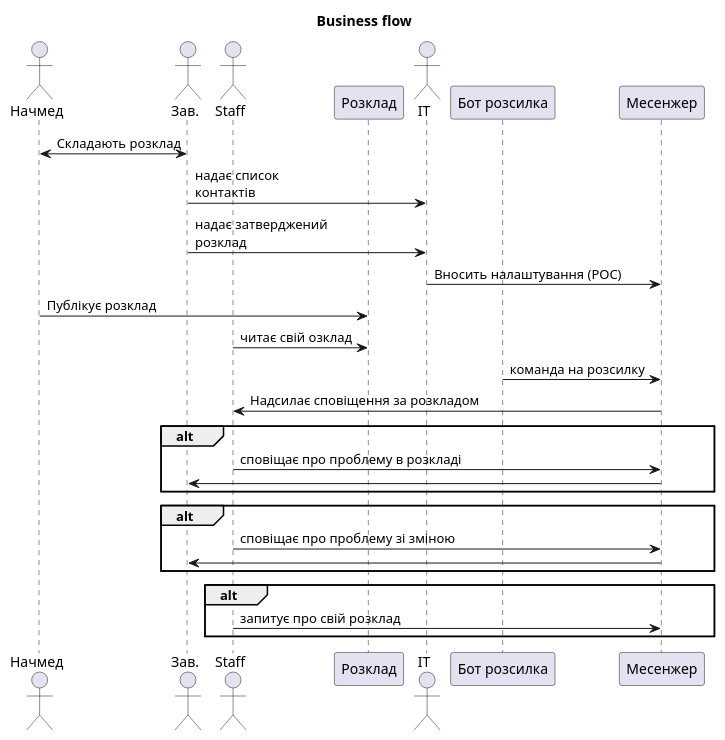
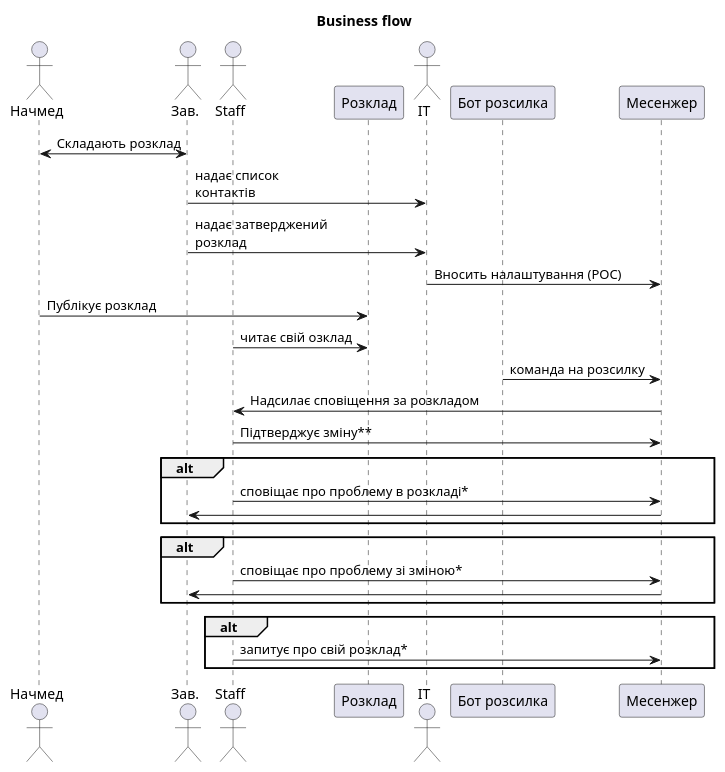
One commit to devitbotcom/Shedule_bot changed the diagram in Backlog/shifts_notification_businessflow.puml. Above: the diagram before and after it, drawn with PlantUML. The commit also changed 2 other files, not shown here.

```diff
--- a/Backlog/shifts_notification_businessflow.puml
+++ b/Backlog/shifts_notification_businessflow.puml
@@ -1,41 +1,42 @@
 @startuml
 ' duty-shift.puml
 title Business flow
 
 actor "Начмед" as CMO
 actor "Зав." as Head
 actor "Staff" as Staff
 participant "Розклад" as Source
 actor "IT" as IT
 participant "Бот розсилка" as Bot
 participant "Месенжер" as Messenger
 
 CMO <-> Head : Складають розклад
 Head -> IT : надає список \nконтактів
 
 Head -> IT : надає затверджений \nрозклад
 IT -> Messenger : Вносить налаштування (POC)
 CMO -> Source : Публікує розклад
 
 
 
 Staff -> Source : читає свій озклад
 
 Bot -> Messenger : команда на розсилку
 Messenger -> Staff : Надсилає сповіщення за розкладом
+Staff -> Messenger : Підтверджує зміну**
 alt
-Staff -> Messenger : сповіщає про проблему в розкладі
+Staff -> Messenger : сповіщає про проблему в розкладі*
 Messenger -> Head
 end
 alt
-Staff -> Messenger : сповіщає про проблему зі зміною
+Staff -> Messenger : сповіщає про проблему зі зміною*
 Messenger -> Head
 end
 alt
-Staff -> Messenger : запитує про свій розклад
+Staff -> Messenger : запитує про свій розклад*
 end
 
 
 
 
 @enduml
```
